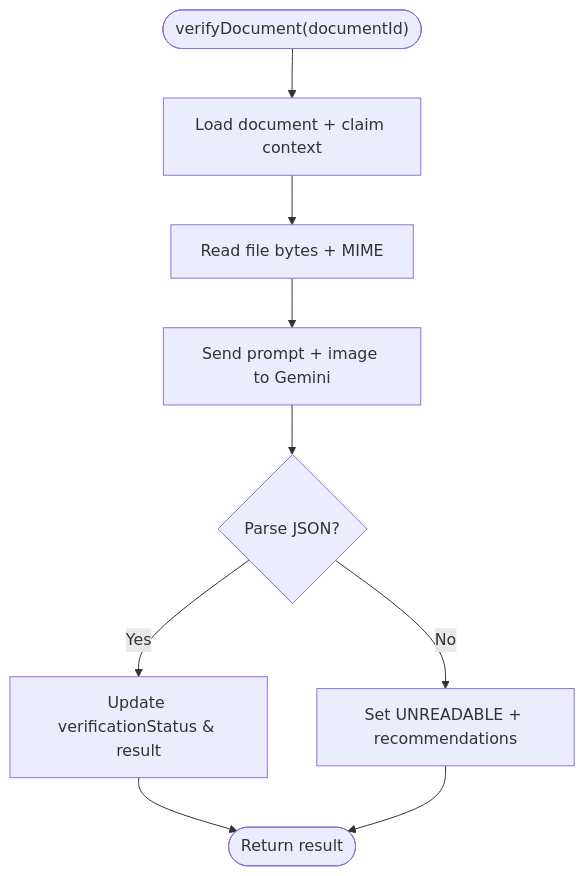
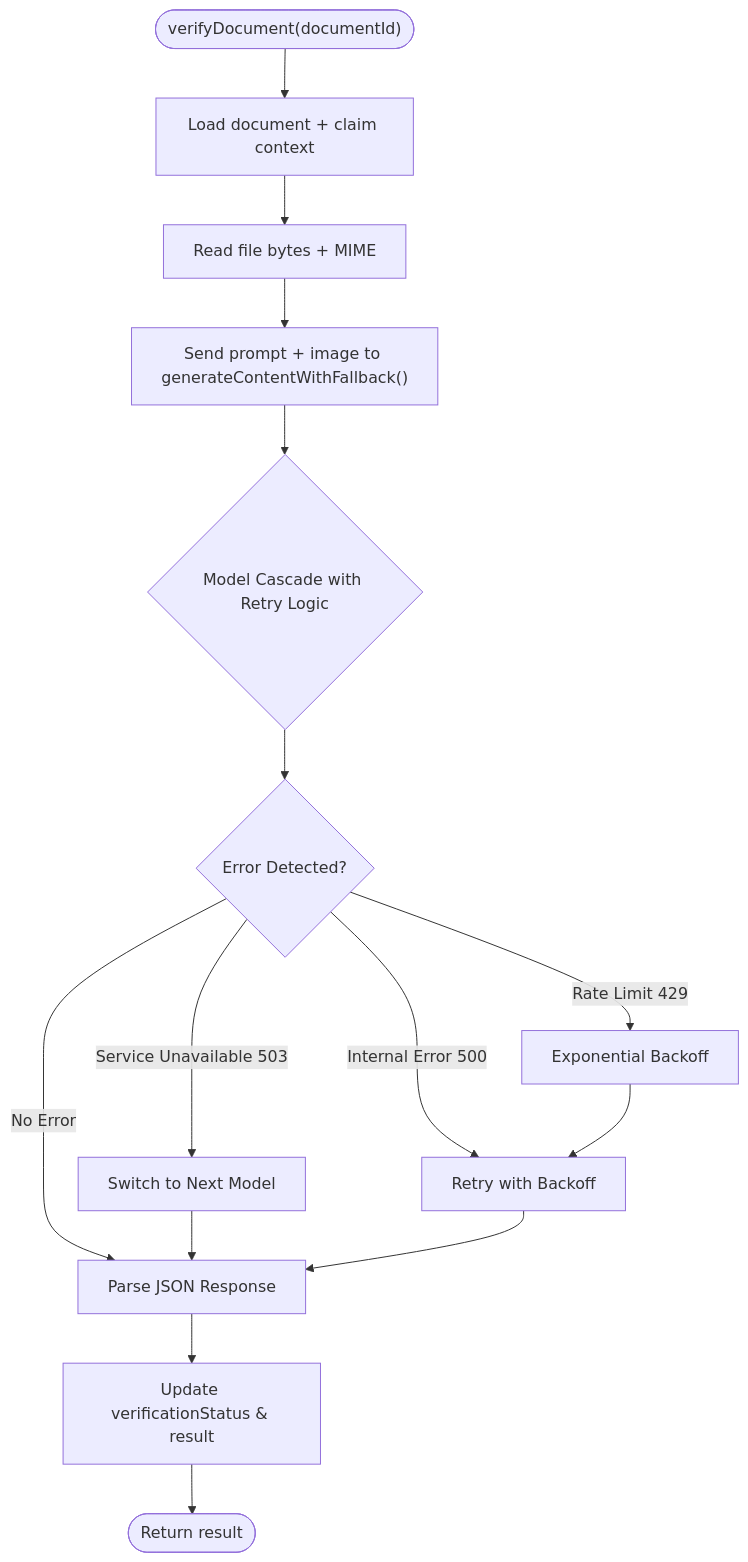
Before and after one commit to NaveenHiranya/Smart-Vehicle-Insurance-Claim-System: the sixth of 9 diagrams in .qoder/repowiki/en/content/AI Services Integration/AI Services Integration.md, drawn with Mermaid. The commit also changed other lines of this file and 41 other files, not shown here.

````diff
--- a/.qoder/repowiki/en/content/AI Services Integration/AI Services Integration.md
+++ b/.qoder/repowiki/en/content/AI Services Integration/AI Services Integration.md
@@ -213,11 +219,17 @@
 ```mermaid
 flowchart TD
 Start(["verifyDocument(documentId)"]) --> LoadDoc["Load document + claim context"]
 LoadDoc --> ReadFile["Read file bytes + MIME"]
-ReadFile --> Send["Send prompt + image to Gemini"]
-Send --> Parse{"Parse JSON?"}
-Parse --> |Yes| Update["Update verificationStatus & result"]
-Parse --> |No| Fallback["Set UNREADABLE + recommendations"]
+ReadFile --> Send["Send prompt + image to generateContentWithFallback()"]
+Send --> Cascade{"Model Cascade with Retry Logic"}
+Cascade --> DetectErr{"Error Detected?"}
+DetectErr --> |Rate Limit 429| Backoff["Exponential Backoff"]
+DetectErr --> |Service Unavailable 503| Fallback["Switch to Next Model"]
+DetectErr --> |Internal Error 500| Retry["Retry with Backoff"]
+DetectErr --> |No Error| Parse["Parse JSON Response"]
+Backoff --> Retry
+Fallback --> Parse
+Retry --> Parse
+Parse --> Update["Update verificationStatus & result"]
 Update --> End(["Return result"])
-Fallback --> End
 ```
````
